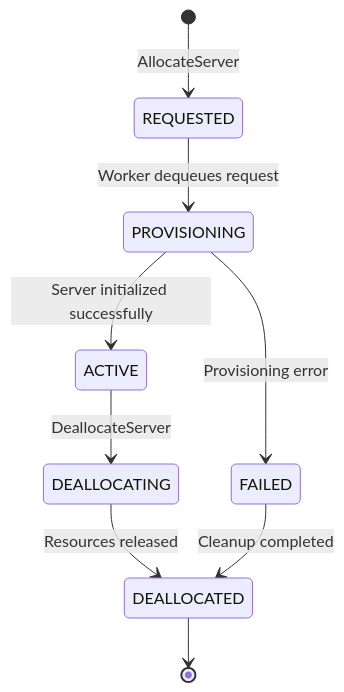
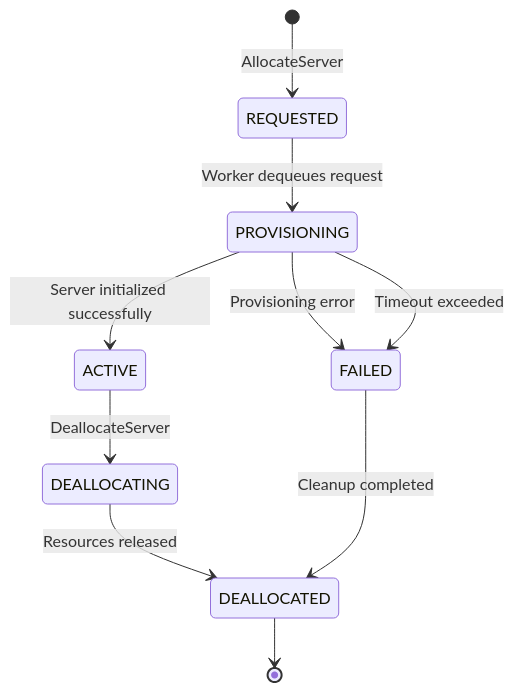
Before and after one commit to milescjohnson/milescjohnson.github.io: the diagram in portfolio/api-reference.md, drawn with Mermaid.

```diff
--- a/portfolio/api-reference.md
+++ b/portfolio/api-reference.md
@@ -77,11 +77,17 @@
 <div class="mermaid">
 stateDiagram-v2
     [*] --> REQUESTED : AllocateServer
+
     REQUESTED --> PROVISIONING : Worker dequeues request
     PROVISIONING --> ACTIVE : Server initialized successfully
+
     PROVISIONING --> FAILED : Provisioning error
+    PROVISIONING --> FAILED : Timeout exceeded
+
     ACTIVE --> DEALLOCATING : DeallocateServer
     DEALLOCATING --> DEALLOCATED : Resources released
+
     FAILED --> DEALLOCATED : Cleanup completed
+
     DEALLOCATED --> [*]
 </div>
```
